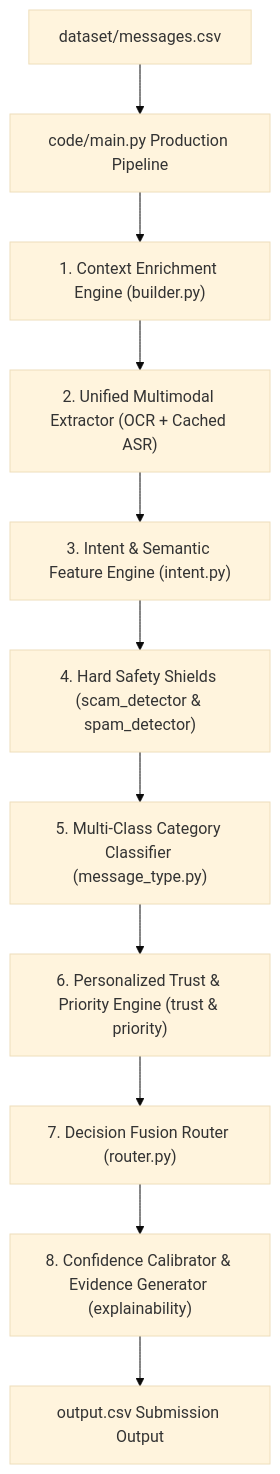
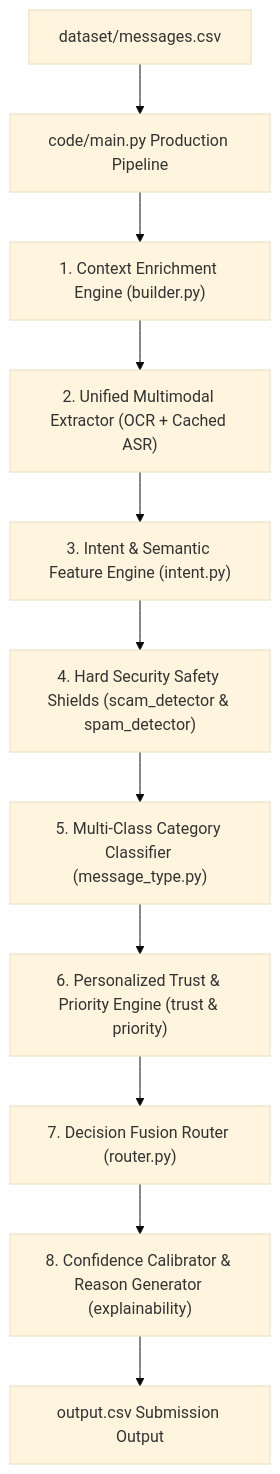
Before and after one commit to Wired-Navi0x17/message-notification-router: the diagram in docs/AI_JUDGE_INTERVIEW_PREP.md, drawn with Mermaid (base theme). The commit also changed other lines of this file, not shown here.

````diff
--- a/docs/AI_JUDGE_INTERVIEW_PREP.md
+++ b/docs/AI_JUDGE_INTERVIEW_PREP.md
@@ -11,13 +62,13 @@
 ```mermaid
 graph TD
     A["dataset/messages.csv"] --> B["code/main.py Production Pipeline"]
     B --> C["1. Context Enrichment Engine (builder.py)"]
     C --> D["2. Unified Multimodal Extractor (OCR + Cached ASR)"]
     D --> E["3. Intent & Semantic Feature Engine (intent.py)"]
-    E --> F["4. Hard Safety Shields (scam_detector & spam_detector)"]
+    E --> F["4. Hard Security Safety Shields (scam_detector & spam_detector)"]
     F --> G["5. Multi-Class Category Classifier (message_type.py)"]
     G --> H["6. Personalized Trust & Priority Engine (trust & priority)"]
     H --> I["7. Decision Fusion Router (router.py)"]
-    I --> J["8. Confidence Calibrator & Evidence Generator (explainability)"]
+    I --> J["8. Confidence Calibrator & Reason Generator (explainability)"]
     J --> K["output.csv Submission Output"]
 ```
````
